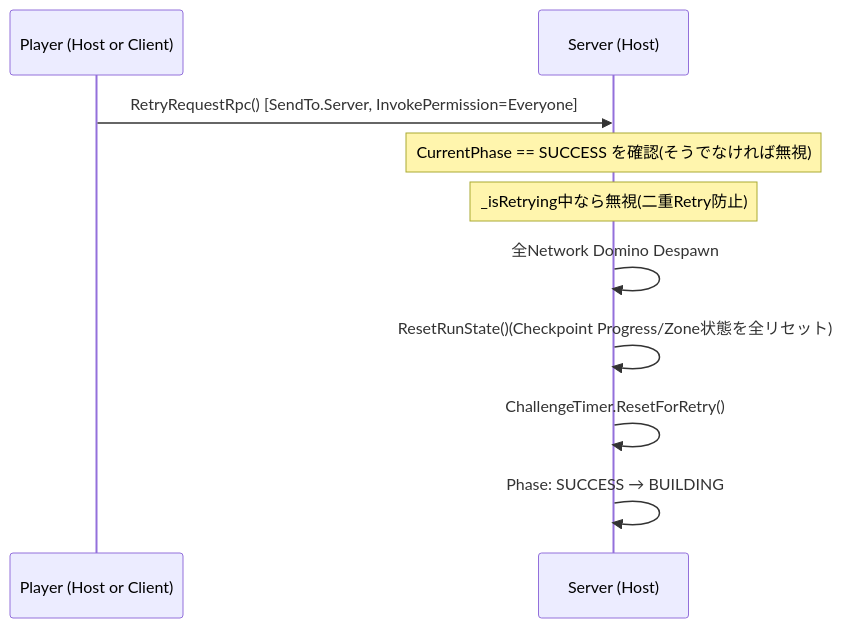
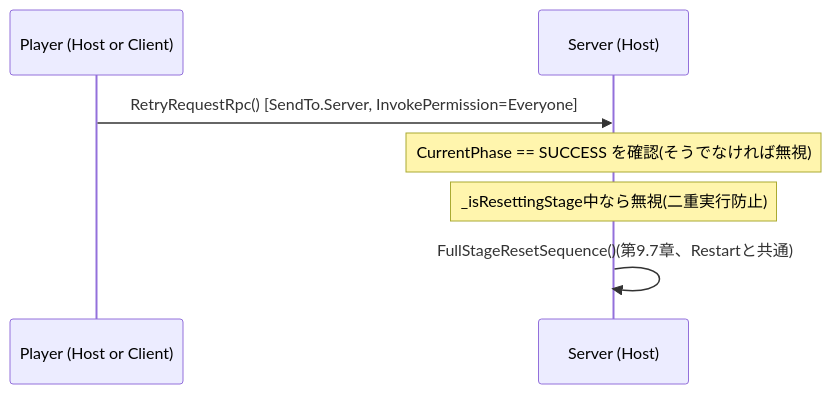
One commit to skygonzaburou/domino-game changed the fifth of 6 diagrams in Docs/GameFlow.md. Above: the diagram before and after it, drawn with Mermaid. The commit also changed other lines of this file and 15 other files, not shown here.

````diff
--- a/Docs/GameFlow.md
+++ b/Docs/GameFlow.md
@@ -533,13 +533,10 @@
 ```mermaid
 sequenceDiagram
     participant P as Player (Host or Client)
     participant Server as Server (Host)
 
     P->>Server: RetryRequestRpc() [SendTo.Server, InvokePermission=Everyone]
     Note over Server: CurrentPhase == SUCCESS を確認(そうでなければ無視)
-    Note over Server: _isRetrying中なら無視(二重Retry防止)
-    Server->>Server: 全Network Domino Despawn
-    Server->>Server: ResetRunState()(Checkpoint Progress/Zone状態を全リセット)
-    Server->>Server: ChallengeTimer.ResetForRetry()
-    Server->>Server: Phase: SUCCESS → BUILDING
+    Note over Server: _isResettingStage中なら無視(二重実行防止)
+    Server->>Server: FullStageResetSequence()(第9.7章、Restartと共通)
 ```
````
